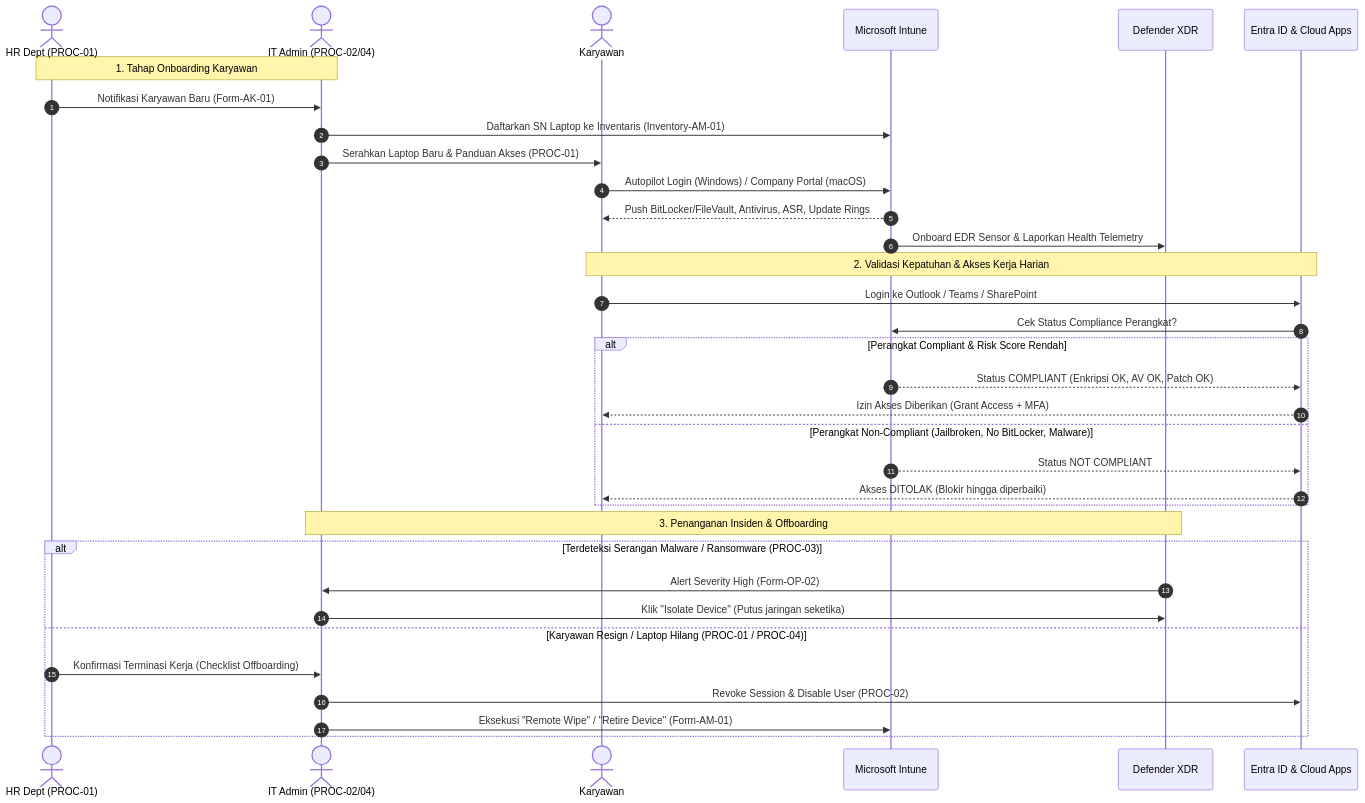
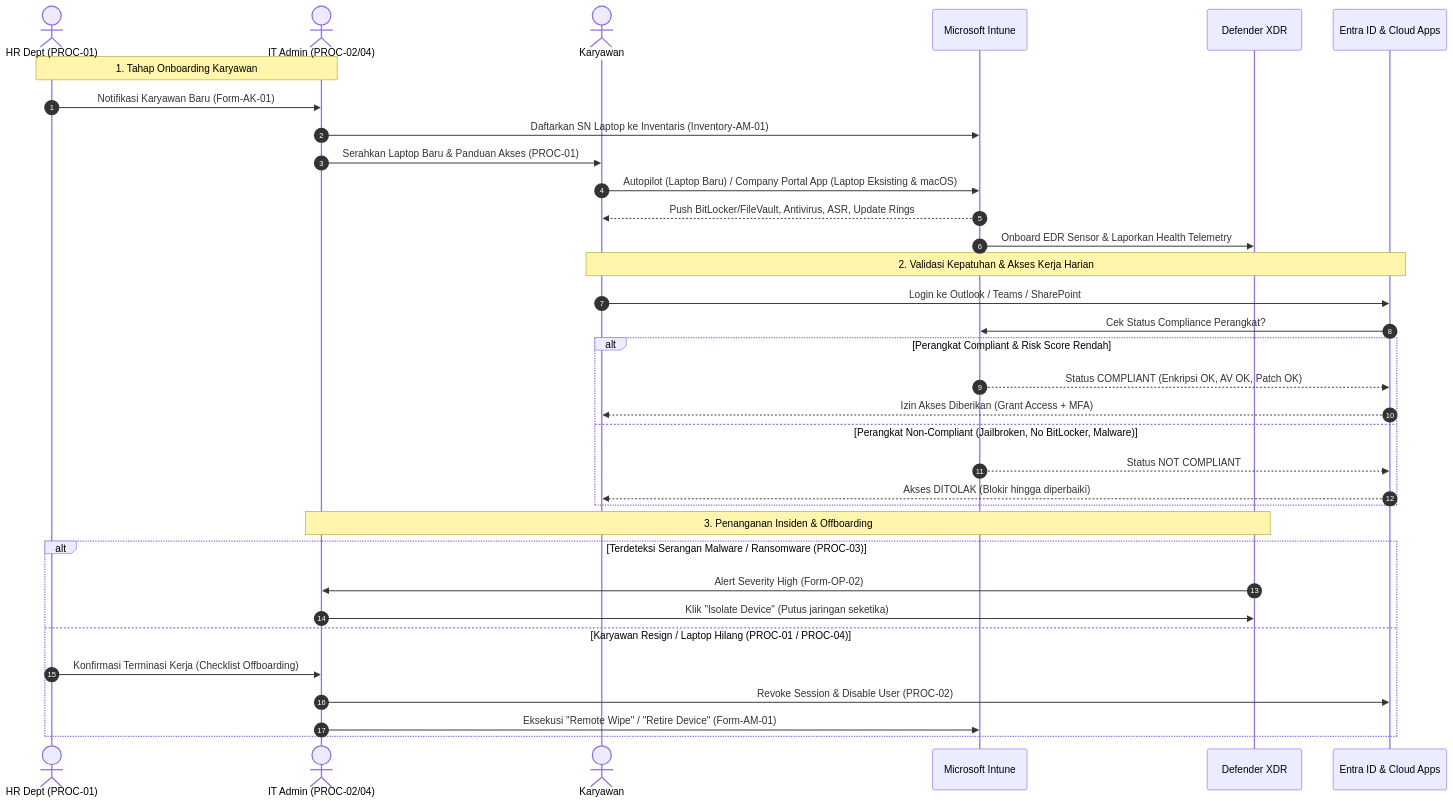
Before and after one commit to herifauzan/iso27001-smki-docs: the diagram in PANDUAN-IMPLEMENTASI-ISO27001-ENDPOINT-INTUNE-DEFENDER.md, drawn with Mermaid. The commit also changed other lines of this file, not shown here.

Commit message:
docs: establish Company Portal app as official standard enrollment method for existing devices

````diff
--- a/PANDUAN-IMPLEMENTASI-ISO27001-ENDPOINT-INTUNE-DEFENDER.md
+++ b/PANDUAN-IMPLEMENTASI-ISO27001-ENDPOINT-INTUNE-DEFENDER.md
@@ -401,39 +409,39 @@
 ```mermaid
 sequenceDiagram
     autonumber
     actor HR as HR Dept (PROC-01)
     actor IT as IT Admin (PROC-02/04)
     actor User as Karyawan
     participant Intune as Microsoft Intune
     participant Def as Defender XDR
     participant Entra as Entra ID & Cloud Apps
 
     Note over HR,IT: 1. Tahap Onboarding Karyawan
     HR->>IT: Notifikasi Karyawan Baru (Form-AK-01)
     IT->>Intune: Daftarkan SN Laptop ke Inventaris (Inventory-AM-01)
     IT->>User: Serahkan Laptop Baru & Panduan Akses (PROC-01)
-    User->>Intune: Autopilot Login (Windows) / Company Portal (macOS)
+    User->>Intune: Autopilot (Laptop Baru) / Company Portal App (Laptop Eksisting & macOS)
     Intune-->>User: Push BitLocker/FileVault, Antivirus, ASR, Update Rings
     Intune->>Def: Onboard EDR Sensor & Laporkan Health Telemetry
 
     Note over User,Entra: 2. Validasi Kepatuhan & Akses Kerja Harian
     User->>Entra: Login ke Outlook / Teams / SharePoint
     Entra->>Intune: Cek Status Compliance Perangkat?
     alt Perangkat Compliant & Risk Score Rendah
         Intune-->>Entra: Status COMPLIANT (Enkripsi OK, AV OK, Patch OK)
         Entra-->>User: Izin Akses Diberikan (Grant Access + MFA)
     else Perangkat Non-Compliant (Jailbroken, No BitLocker, Malware)
         Intune-->>Entra: Status NOT COMPLIANT
         Entra-->>User: Akses DITOLAK (Blokir hingga diperbaiki)
     end
 
     Note over IT,Def: 3. Penanganan Insiden & Offboarding
     alt Terdeteksi Serangan Malware / Ransomware (PROC-03)
         Def->>IT: Alert Severity High (Form-OP-02)
         IT->>Def: Klik "Isolate Device" (Putus jaringan seketika)
     else Karyawan Resign / Laptop Hilang (PROC-01 / PROC-04)
         HR->>IT: Konfirmasi Terminasi Kerja (Checklist Offboarding)
         IT->>Entra: Revoke Session & Disable User (PROC-02)
         IT->>Intune: Eksekusi "Remote Wipe" / "Retire Device" (Form-AM-01)
     end
 ```
````
